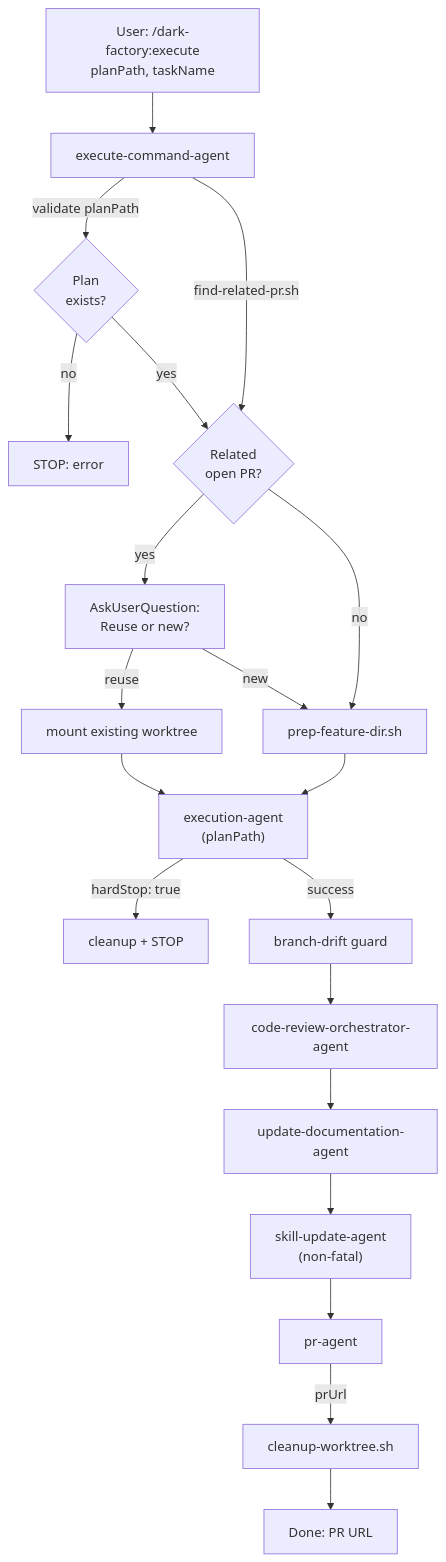
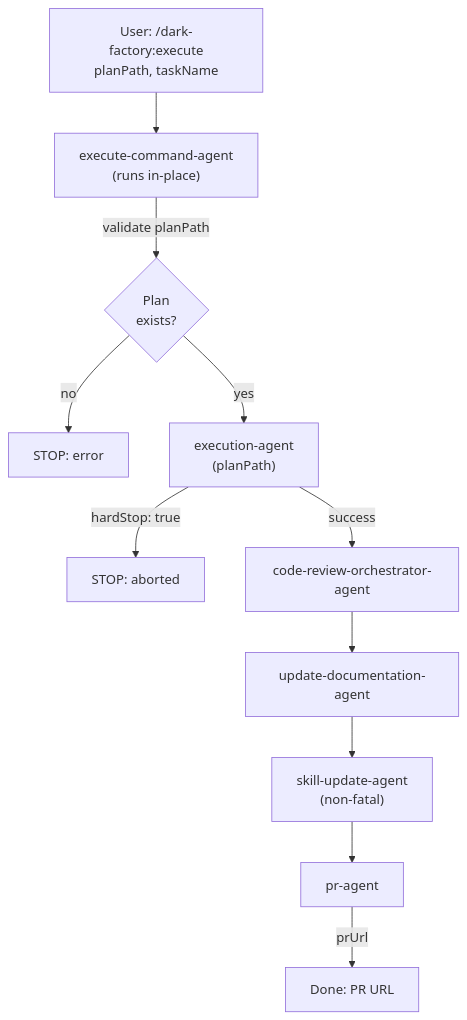
One commit to lewibs/dark-factory changed the diagram in docs/docs/execute-command-agent.md. Above: the diagram before and after it, drawn with Mermaid. The commit also changed other lines of this file and 7 other files, not shown here.

Commit message:
feat(dark-factory): add gotoworktree command skill and complete worktree prep removal

````diff
--- a/docs/docs/execute-command-agent.md
+++ b/docs/docs/execute-command-agent.md
@@ -13,29 +13,18 @@
 ```mermaid
 flowchart TD
   User["User: /dark-factory:execute\nplanPath, taskName"] --> ECA
 
-  ECA["execute-command-agent"]
+  ECA["execute-command-agent\n(runs in-place)"]
 
   ECA -->|"validate planPath"| CHECK{"Plan\nexists?"}
   CHECK -->|"no"| ERR["STOP: error"]
-  CHECK -->|"yes"| PR_CHECK
+  CHECK -->|"yes"| EA["execution-agent\n(planPath)"]
 
-  PR_CHECK{"Related\nopen PR?"}
-  ECA -->|"find-related-pr.sh"| PR_CHECK
-  PR_CHECK -->|"yes"| AUQ["AskUserQuestion:\nReuse or new?"]
-  AUQ -->|"reuse"| WT_REUSE["mount existing worktree"]
-  AUQ -->|"new"| WT_NEW["prep-feature-dir.sh"]
-  PR_CHECK -->|"no"| WT_NEW
+  EA -->|"hardStop: true"| ABORT["STOP: aborted"]
+  EA -->|"success"| CRO["code-review-orchestrator-agent"]
 
-  WT_REUSE & WT_NEW --> EA["execution-agent\n(planPath)"]
-
-  EA -->|"hardStop: true"| ABORT["cleanup + STOP"]
-  EA -->|"success"| DRIFT["branch-drift guard"]
-
-  DRIFT --> CRO["code-review-orchestrator-agent"]
   CRO --> UDA["update-documentation-agent"]
   UDA --> SUA["skill-update-agent\n(non-fatal)"]
   SUA --> PRA["pr-agent"]
-  PRA -->|"prUrl"| CLEAN["cleanup-worktree.sh"]
-  CLEAN --> Done["Done: PR URL"]
+  PRA -->|"prUrl"| Done["Done: PR URL"]
 ```
````
